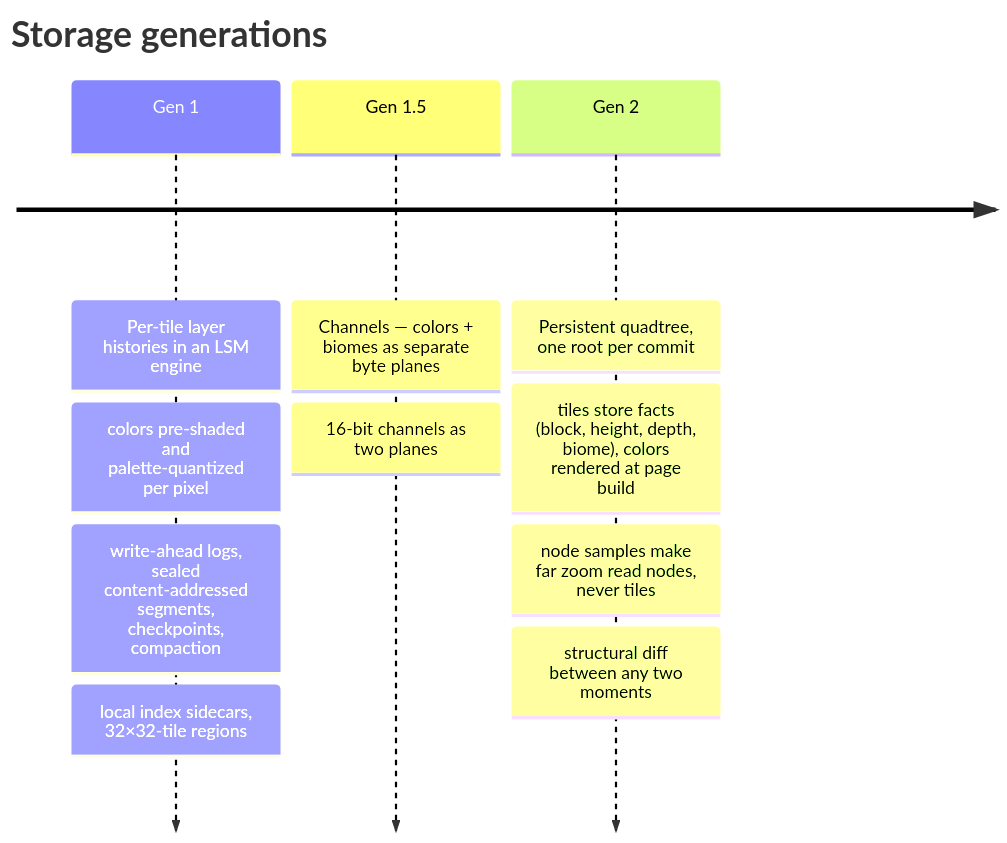
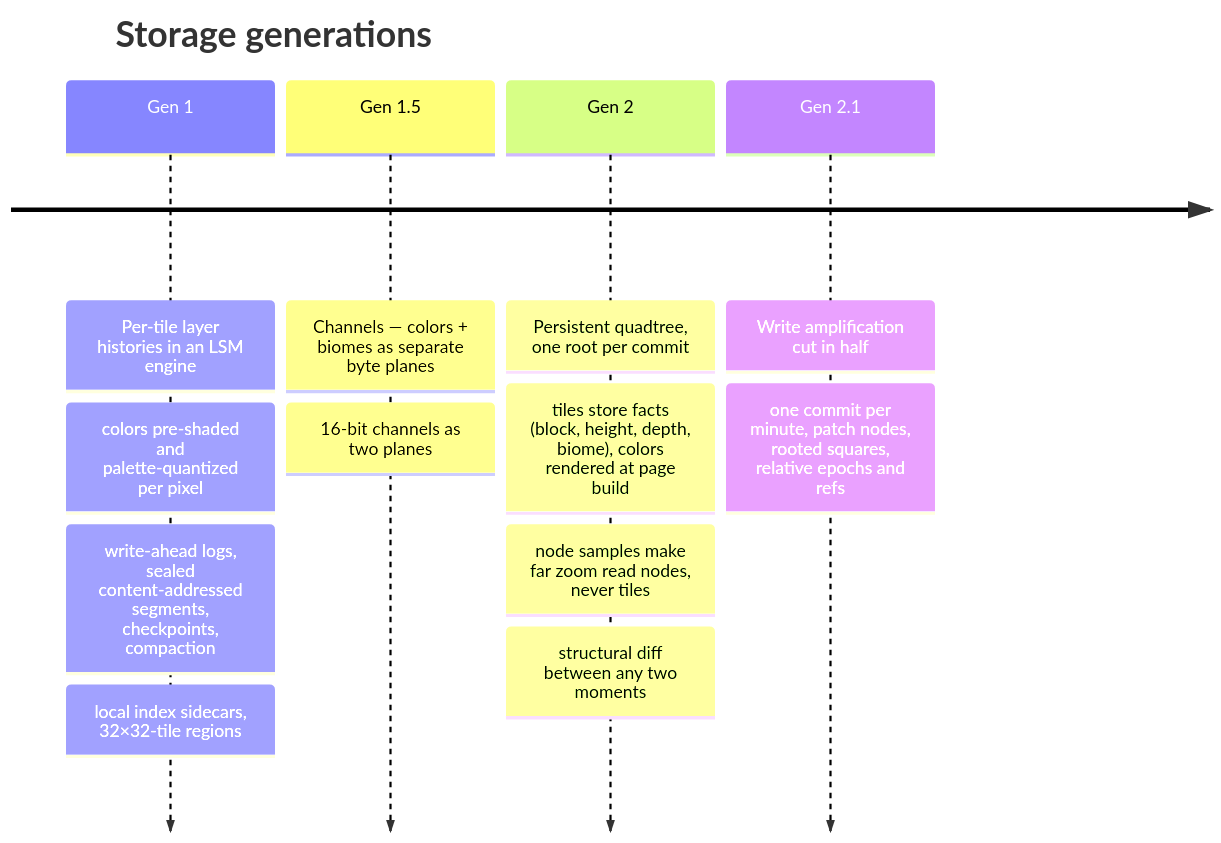
Before and after one commit to fopwoc/GTNH-KNH: the first of 6 diagrams in mods/palimpsest/ARCHITECTURE.md, drawn with Mermaid. The commit also changed other lines of this file and 4 other files, not shown here.

Commit message:
patch node counts in reports + architecture numbers after the write fixes

````diff
--- a/mods/palimpsest/ARCHITECTURE.md
+++ b/mods/palimpsest/ARCHITECTURE.md
@@ -13,14 +13,16 @@
 ```mermaid
 timeline
     title Storage generations
     Gen 1 : Per-tile layer histories in an LSM engine
           : colors pre-shaded and palette-quantized per pixel
           : write-ahead logs, sealed content-addressed segments, checkpoints, compaction
           : local index sidecars, 32×32-tile regions
     Gen 1.5 : Channels — colors + biomes as separate byte planes
             : 16-bit channels as two planes
     Gen 2 : Persistent quadtree, one root per commit
           : tiles store facts (block, height, depth, biome), colors rendered at page build
           : node samples make far zoom read nodes, never tiles
           : structural diff between any two moments
+    Gen 2.1 : Write amplification cut in half
+            : one commit per minute, patch nodes, rooted squares, relative epochs and refs
 ```
````
